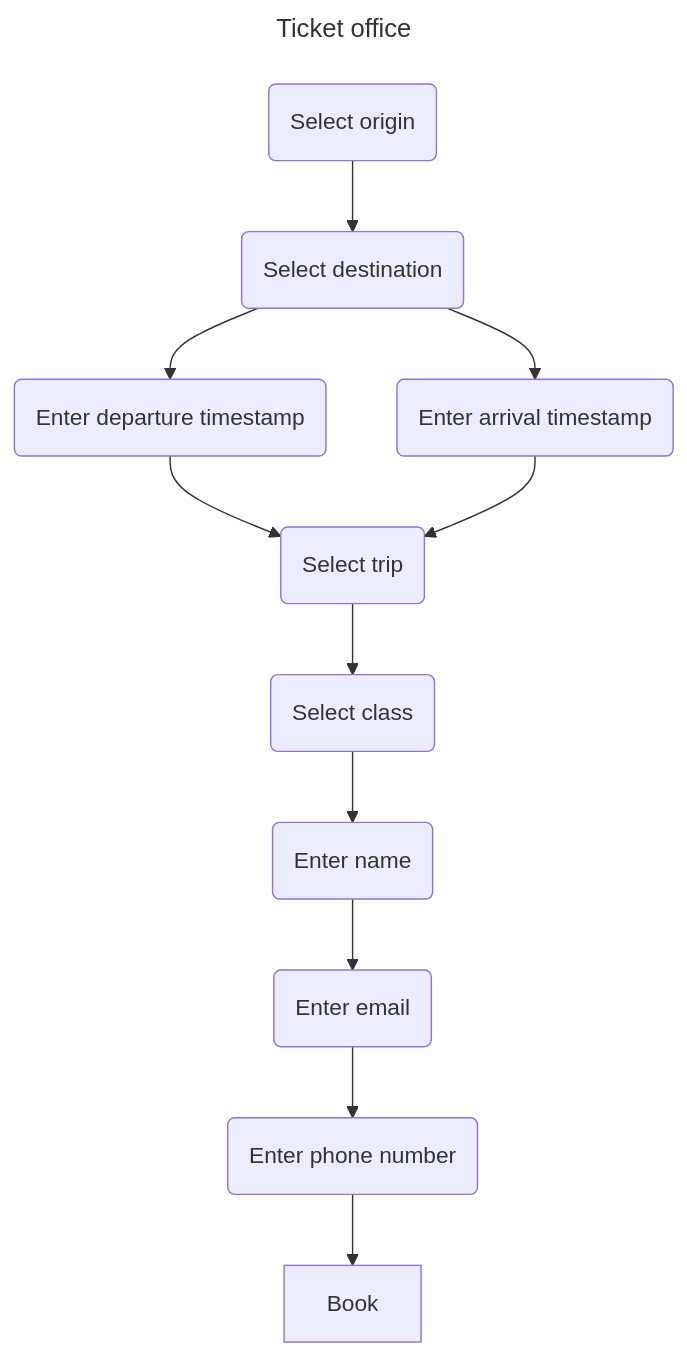
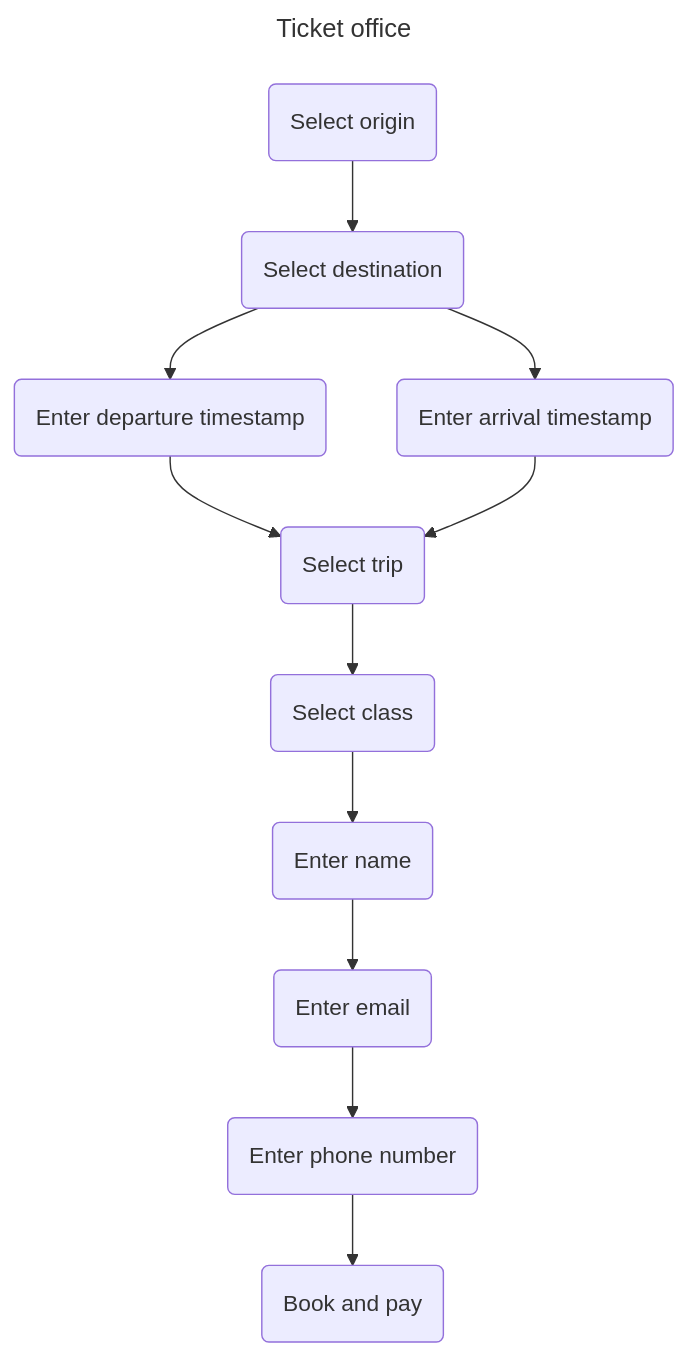
The diagram in text.md (mainmatter/trash-in-treasure-out), drawn with Mermaid before and after one commit. The commit also changed other lines of this file, not shown here.

````diff
--- a/text.md
+++ b/text.md
@@ -70,16 +70,16 @@
 ```mermaid
 ---
 title: Ticket office
 ---
 flowchart TD
     Origin(Select origin) -->
     Destination(Select destination) -->
     DepartureTimestamp(Enter departure timestamp) --> Trip
     Destination --> ArrivalTimestamp(Enter arrival timestamp) --> Trip
     Trip(Select trip) -->
     Class(Select class) -->
     Name(Enter name) -->
     Email(Enter email) -->
     PhoneNumber(Enter phone number) -->
-    Book
+    Book(Book and pay)
 ```
````
